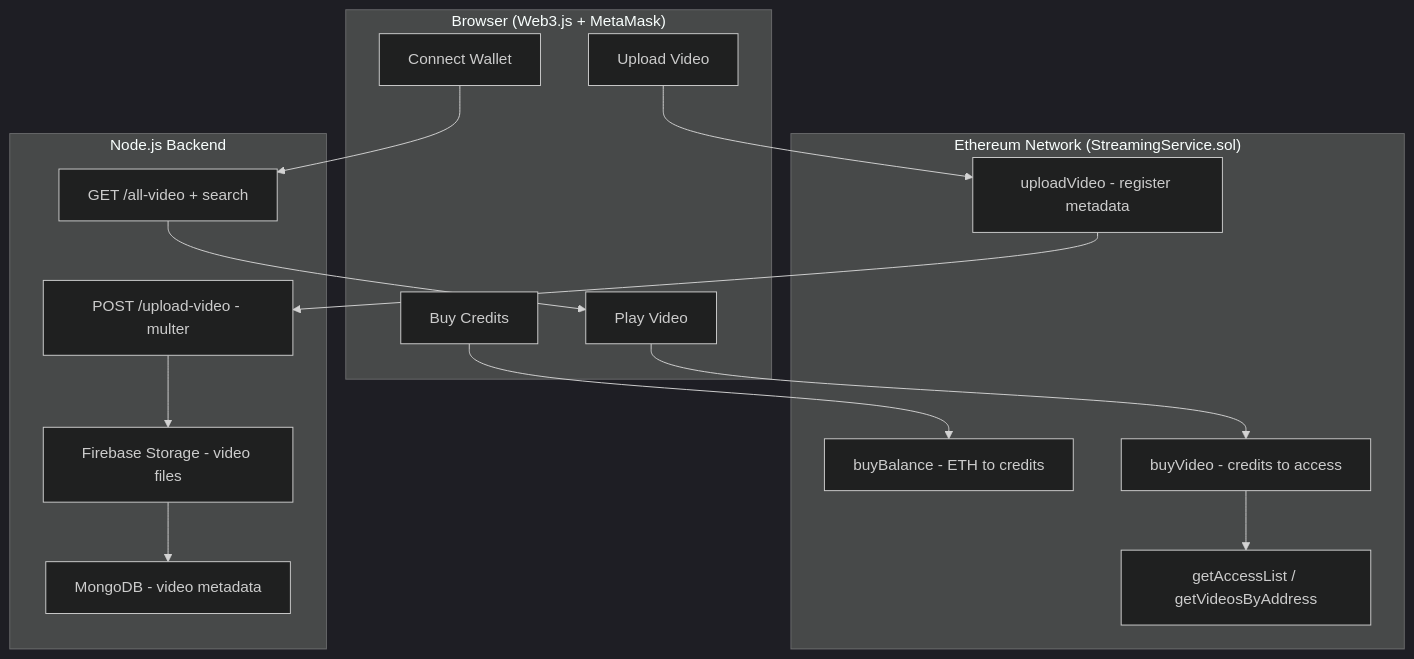
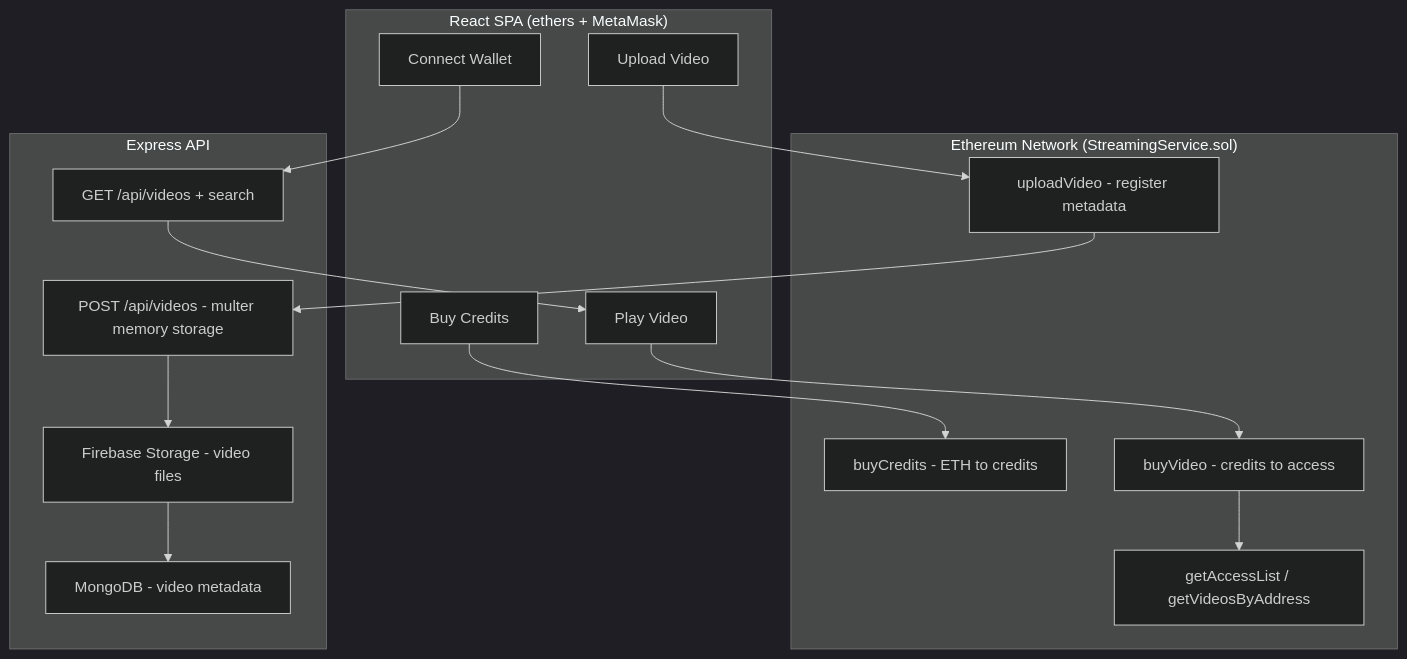
The diagram in README.md (TMystic/CryptoStream), drawn with Mermaid (dark theme) before and after one commit. The commit also changed other lines of this file and 76 other files, not shown here.

First line of the commit message:
Refactor to monorepo with client/server/contracts workspaces

````diff
--- a/README.md
+++ b/README.md
@@ -40,28 +41,28 @@
 ```mermaid
 flowchart TD
-    subgraph Client["Browser (Web3.js + MetaMask)"]
+    subgraph Client["React SPA (ethers + MetaMask)"]
         A[Connect Wallet]
         B[Upload Video]
         C[Buy Credits]
         D[Play Video]
     end
 
     subgraph Chain["Ethereum Network (StreamingService.sol)"]
         E[uploadVideo - register metadata]
-        F[buyBalance - ETH to credits]
+        F[buyCredits - ETH to credits]
         G[buyVideo - credits to access]
         H[getAccessList / getVideosByAddress]
     end
 
-    subgraph Server["Node.js Backend"]
-        I[POST /upload-video - multer]
+    subgraph Server["Express API"]
+        I[POST /api/videos - multer memory storage]
         J[Firebase Storage - video files]
         K[MongoDB - video metadata]
-        L[GET /all-video + search]
+        L[GET /api/videos + search]
     end
 
     B --> E --> I --> J --> K
     C --> F
     D --> G --> H
     A --> L --> D
 ```
````
